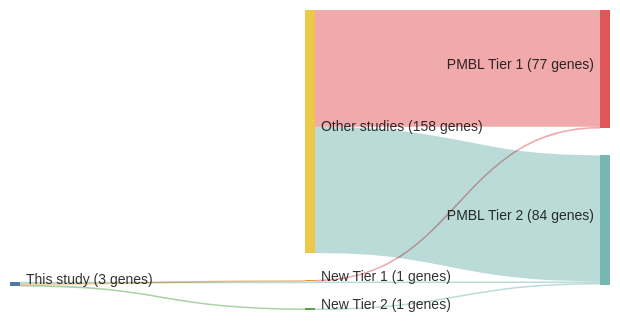
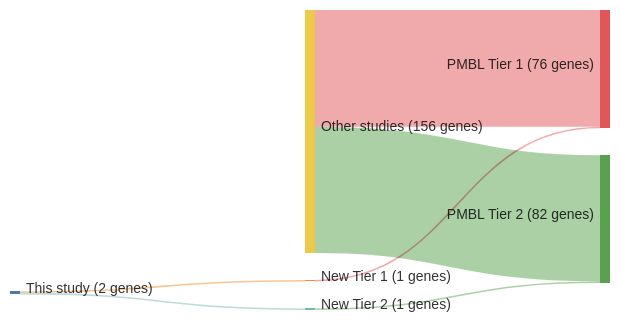
Before and after one commit to morinlab/lymphopedia: the diagram in papers/wenigerMutationsTumorSuppressor2006a.md, drawn with Mermaid. The commit also changed 81 other files, not shown here.

````diff
--- a/papers/wenigerMutationsTumorSuppressor2006a.md
+++ b/papers/wenigerMutationsTumorSuppressor2006a.md
@@ -12,21 +12,20 @@
 ```mermaid
 ---
 config:
     sankey:
         showValues: true
         linkColor: target
         width: 600
         height: 300
         nodeAlignment: right
         prefix: '('
         suffix: ' genes)'
 ---
 sankey-beta
 This study, New Tier 1, 1
 New Tier 1, PMBL Tier 1, 1
-This study, PMBL Tier 2, 1
 This study, New Tier 2, 1
 New Tier 2, PMBL Tier 2, 1
-Other studies, PMBL Tier 1, 76
-Other studies, PMBL Tier 2, 82
+Other studies, PMBL Tier 1, 75
+Other studies, PMBL Tier 2, 81
 ```
````
